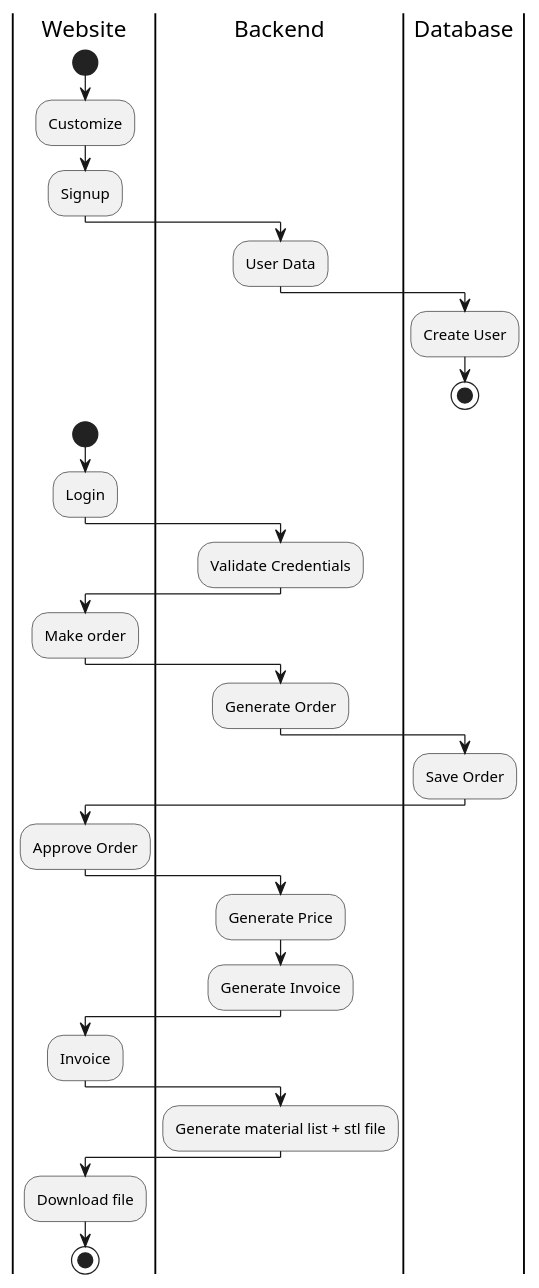
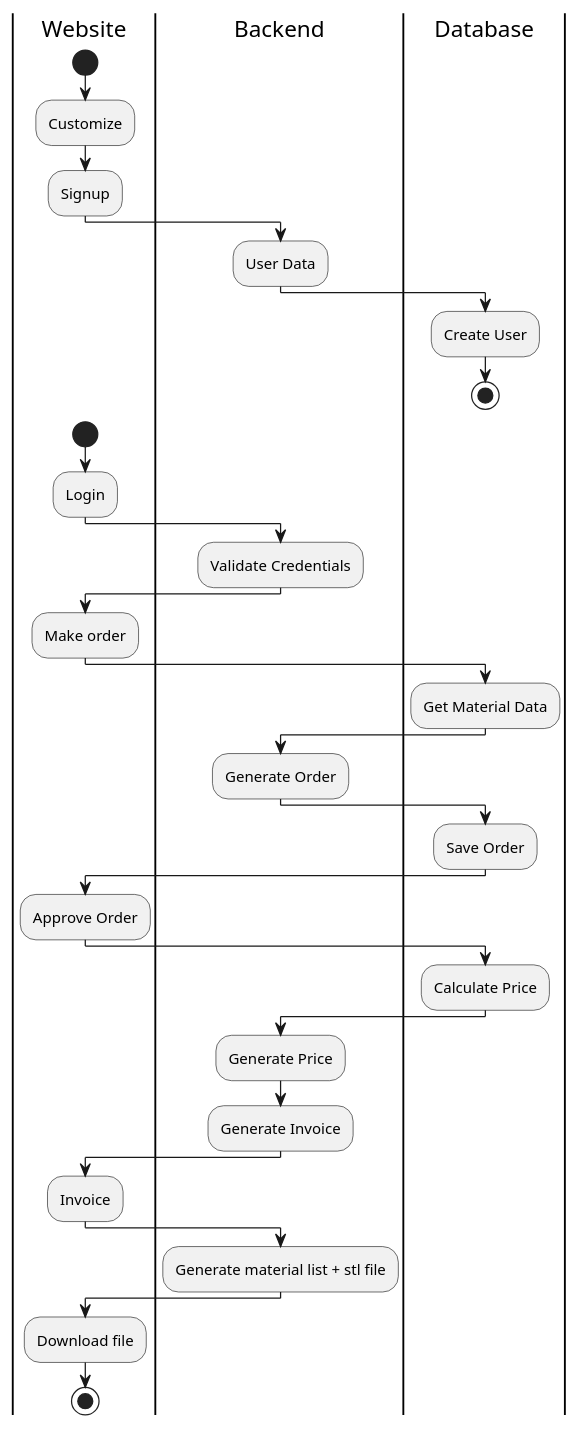
The diagram in documentation/AktivitetsDiagram.puml (HeinLarsen/fog-carport), drawn with PlantUML before and after one commit.

Commit message:
Update AktivitetsDiagram
Tilføjet Materiale liste

```diff
--- a/documentation/AktivitetsDiagram.puml
+++ b/documentation/AktivitetsDiagram.puml
@@ -1,38 +1,42 @@
 @startuml
 'https://plantuml.com/activity-diagram-beta
 
 |Website|
 start
 :Customize;
 :Signup;
 |Backend|
 :User Data;
 |Backend|
 |Database|
 :Create User;
 stop
 |Website|
 start
 :Login;
 |Backend|
 :Validate Credentials;
 |Website|
 :Make order;
+|Database|
+:Get Material Data;
 |Backend|
 :Generate Order;
 |Database|
 :Save Order;
 |Website|
 :Approve Order;
+|Database|
+:Calculate Price;
 |Backend|
 :Generate Price;
 :Generate Invoice;
 |Website|
 :Invoice;
 |Backend|
 :Generate material list + stl file;
 |Website|
 :Download file;
 stop
 
 @enduml
```
